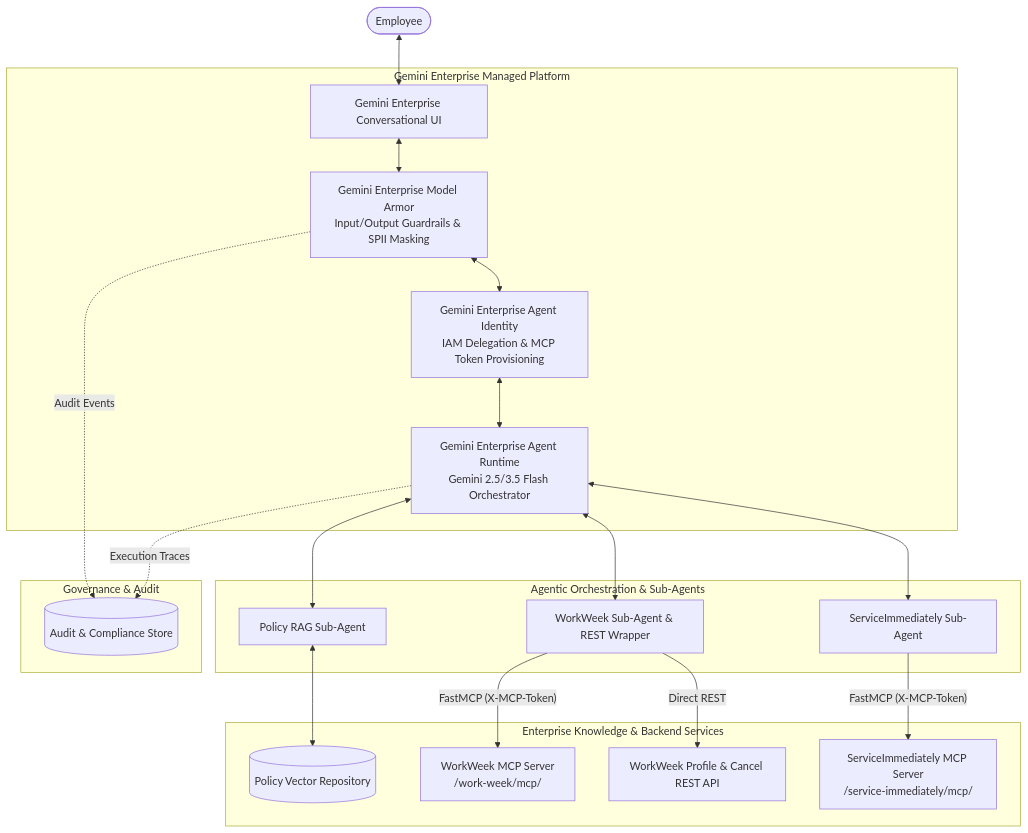
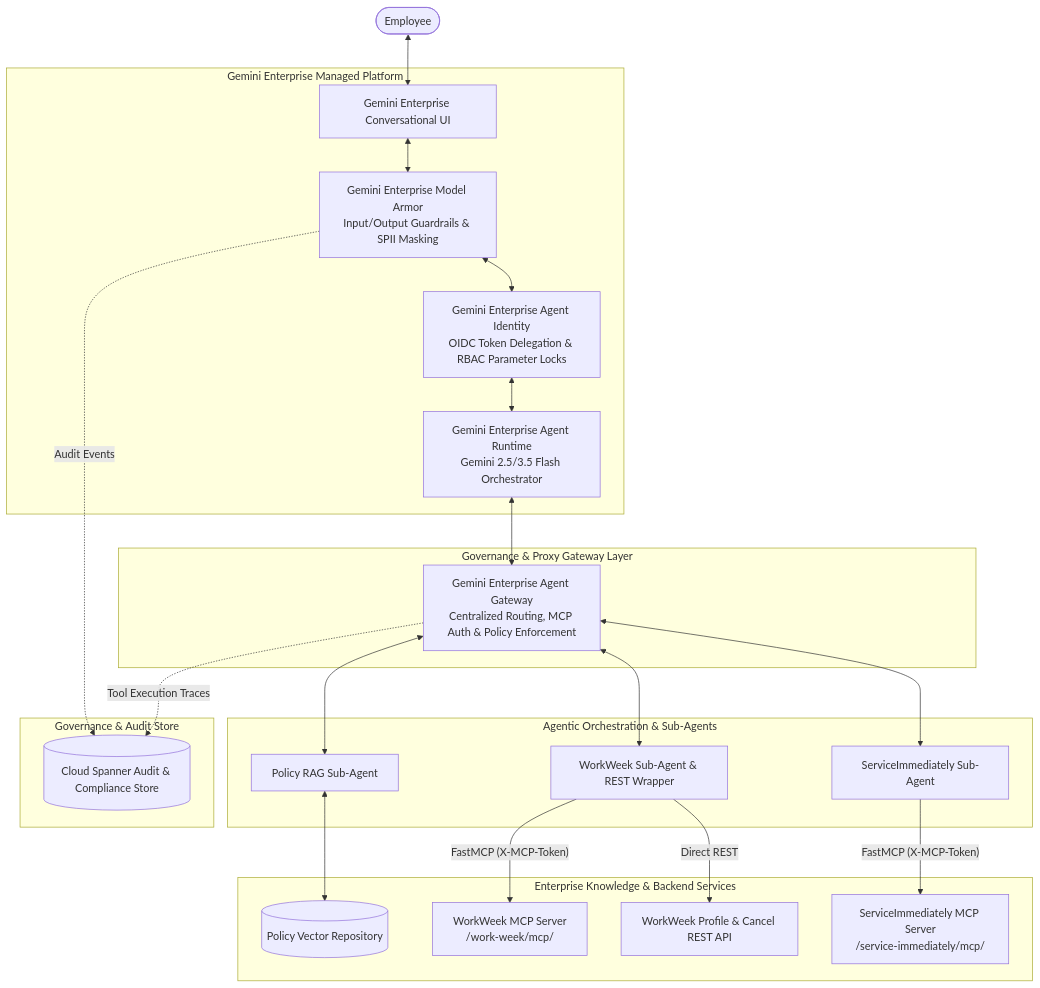
Before and after one commit to cosmos0703/kr-elevate-module3: the first of 2 diagrams in resources/Enterprise Agentic Solution Design Document - HR Agentic Solution (MVP 1).md, drawn with Mermaid. The commit also changed other lines of this file, not shown here.

Commit message:
docs: add Agent Gateway architecture, session hydration, audit schema, FinOps, RBAC matrix, CMEK, and business AI glossary

````diff
--- a/resources/Enterprise Agentic Solution Design Document - HR Agentic Solution (MVP 1).md
+++ b/resources/Enterprise Agentic Solution Design Document - HR Agentic Solution (MVP 1).md
@@ -66,28 +66,32 @@
 ```mermaid
 flowchart TD
     User([Employee]) <--> UI[Gemini Enterprise Conversational UI]
 
     subgraph Gemini Enterprise Managed Platform
         UI <--> ModelArmor[Gemini Enterprise Model Armor<br/>Input/Output Guardrails & SPII Masking]
-        ModelArmor <--> Identity[Gemini Enterprise Agent Identity<br/>IAM Delegation & MCP Token Provisioning]
+        ModelArmor <--> Identity[Gemini Enterprise Agent Identity<br/>OIDC Token Delegation & RBAC Parameter Locks]
         Identity <--> Runtime[Gemini Enterprise Agent Runtime<br/>Gemini 2.5/3.5 Flash Orchestrator]
     end
 
+    subgraph Governance & Proxy Gateway Layer
+        Runtime <--> Gateway[Gemini Enterprise Agent Gateway<br/>Centralized Routing, MCP Auth & Policy Enforcement]
+    end
+
     subgraph Agentic Orchestration & Sub-Agents
-        Runtime <--> PolicyAgent[Policy RAG Sub-Agent]
-        Runtime <--> WorkWeekAgent[WorkWeek Sub-Agent & REST Wrapper]
-        Runtime <--> ITSMAgent[ServiceImmediately Sub-Agent]
+        Gateway <--> PolicyAgent[Policy RAG Sub-Agent]
+        Gateway <--> WorkWeekAgent[WorkWeek Sub-Agent & REST Wrapper]
+        Gateway <--> ITSMAgent[ServiceImmediately Sub-Agent]
     end
 
     subgraph Enterprise Knowledge & Backend Services
         PolicyAgent <--> RAGIndex[(Policy Vector Repository)]
         WorkWeekAgent -- FastMCP (X-MCP-Token) --> WW_MCP[WorkWeek MCP Server<br/>/work-week/mcp/]
         WorkWeekAgent -- Direct REST --> WW_REST[WorkWeek Profile & Cancel REST API]
         ITSMAgent -- FastMCP (X-MCP-Token) --> SI_MCP[ServiceImmediately MCP Server<br/>/service-immediately/mcp/]
     end
 
-    subgraph Governance & Audit
-        ModelArmor -. Audit Events .-> AuditStore[(Audit & Compliance Store)]
-        Runtime -. Execution Traces .-> AuditStore
+    subgraph Governance & Audit Store
+        ModelArmor -. Audit Events .-> AuditStore[(Cloud Spanner Audit & Compliance Store)]
+        Gateway -. Tool Execution Traces .-> AuditStore
     end
 ```
````
